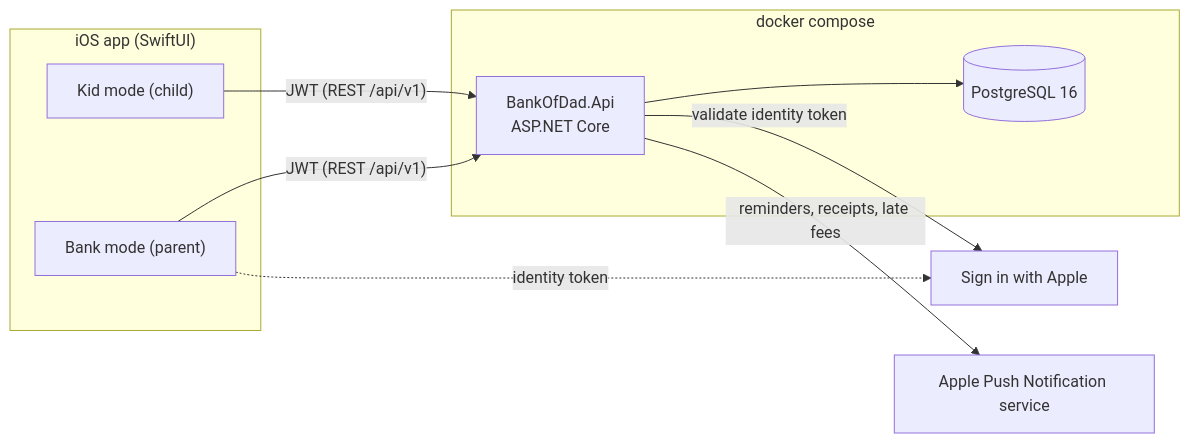
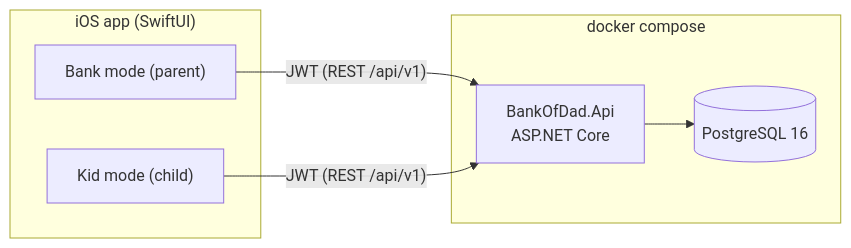
Before and after one commit to jpapiez/BankOfDad: the diagram in README.md, drawn with Mermaid. The commit also changed other lines of this file and 50 other files, not shown here.

````diff
--- a/README.md
+++ b/README.md
@@ -11,20 +11,14 @@
 ```mermaid
 flowchart LR
   subgraph iOS["iOS app (SwiftUI)"]
     Bank["Bank mode (parent)"]
     Kid["Kid mode (child)"]
   end
   subgraph Docker["docker compose"]
     API["BankOfDad.Api<br/>ASP.NET Core"]
     DB[("PostgreSQL 16")]
   end
-  Apple["Sign in with Apple"]
-  APNs["Apple Push Notification service"]
-
   Bank -- "JWT (REST /api/v1)" --> API
   Kid -- "JWT (REST /api/v1)" --> API
-  Bank -. "identity token" .-> Apple
-  API -- "validate identity token" --> Apple
   API --> DB
-  API -- "reminders, receipts, late fees" --> APNs
 ```
````
